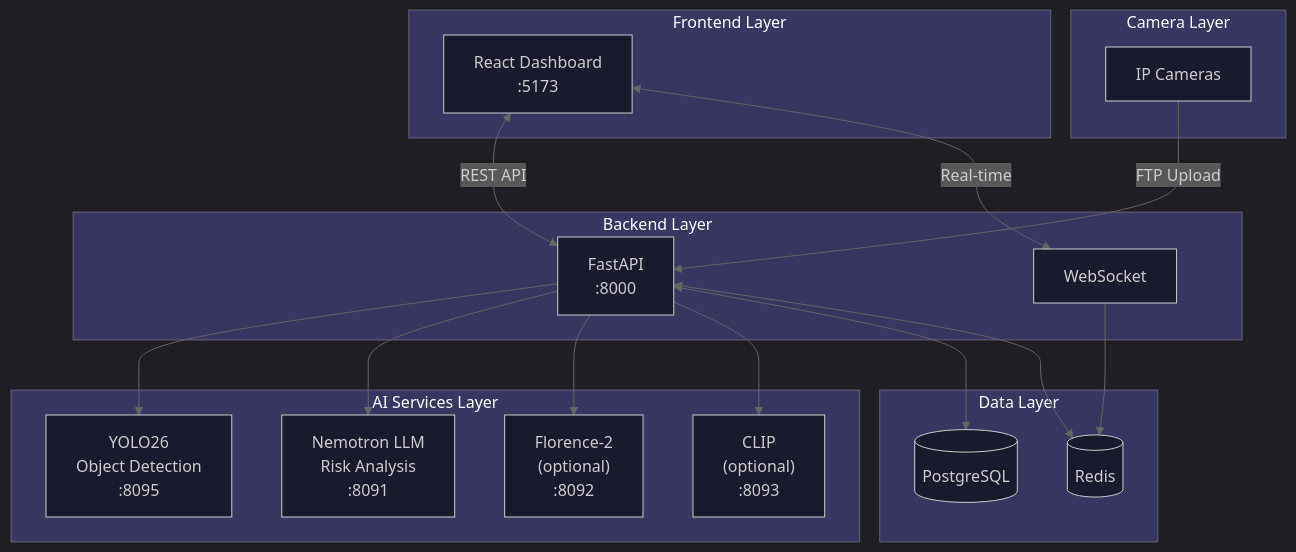
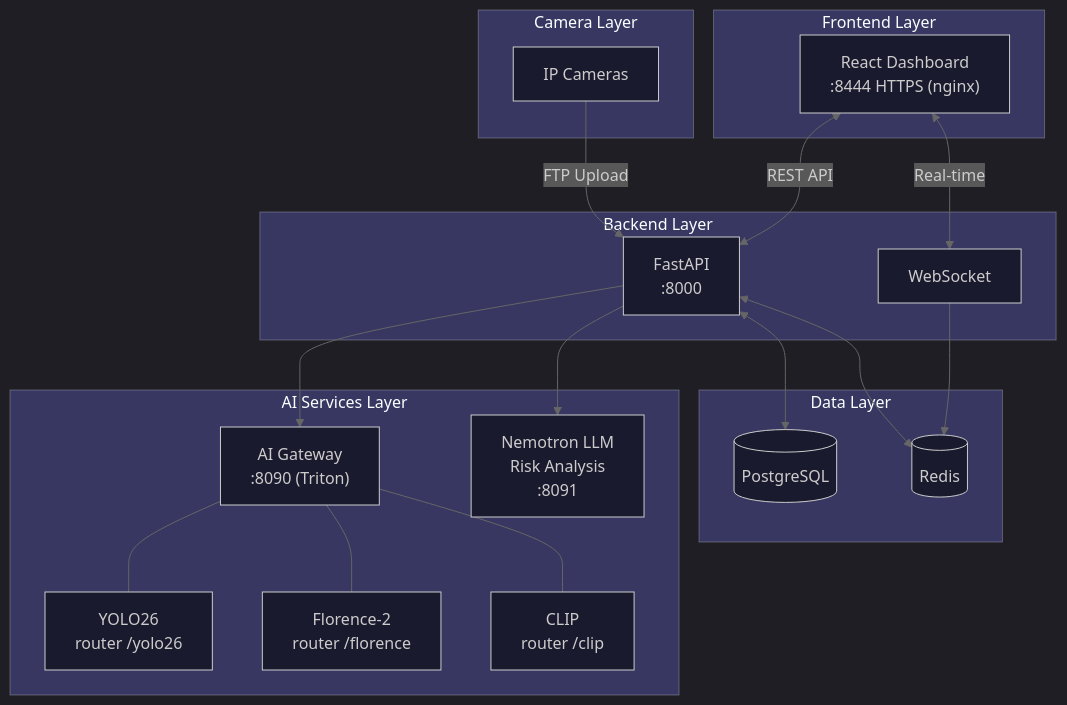
One commit to mikesvoboda/nemotron-v3-home-security-intelligence changed the diagram in docs/README.md. Above: the diagram before and after it, drawn with Mermaid. The commit also changed other lines of this file and 313 other files, not shown here.

````diff
--- a/docs/README.md
+++ b/docs/README.md
@@ -9,51 +9,53 @@
 ```mermaid
 %%{init: {
   'theme': 'dark',
   'themeVariables': {
     'primaryColor': '#3B82F6',
     'primaryTextColor': '#FFFFFF',
     'primaryBorderColor': '#60A5FA',
     'secondaryColor': '#A855F7',
     'tertiaryColor': '#009688',
     'background': '#121212',
     'mainBkg': '#1a1a2e',
     'lineColor': '#666666'
   }
 }}%%
 flowchart TB
     subgraph Cameras["Camera Layer"]
         CAM[IP Cameras]
     end
 
     subgraph Frontend["Frontend Layer"]
-        UI["React Dashboard<br/>:5173"]
+        UI["React Dashboard<br/>:8444 HTTPS (nginx)"]
     end
 
     subgraph Backend["Backend Layer"]
         API["FastAPI<br/>:8000"]
         WS["WebSocket"]
     end
 
     subgraph AI["AI Services Layer"]
-        YOLO["YOLO26<br/>Object Detection<br/>:8095"]
+        GW["AI Gateway<br/>:8090 (Triton)"]
+        YOLO["YOLO26<br/>router /yolo26"]
+        FLO["Florence-2<br/>router /florence"]
+        CLIP["CLIP<br/>router /clip"]
         NEM["Nemotron LLM<br/>Risk Analysis<br/>:8091"]
-        FLO["Florence-2<br/>(optional)<br/>:8092"]
-        CLIP["CLIP<br/>(optional)<br/>:8093"]
     end
 
     subgraph Data["Data Layer"]
         DB[(PostgreSQL)]
         REDIS[(Redis)]
     end
 
     CAM -->|FTP Upload| API
     UI <-->|REST API| API
     UI <-->|Real-time| WS
-    API --> YOLO
+    API --> GW
+    GW --- YOLO
+    GW --- FLO
+    GW --- CLIP
     API --> NEM
-    API --> FLO
-    API --> CLIP
     API <--> DB
     API <--> REDIS
     WS --> REDIS
 ```
````
